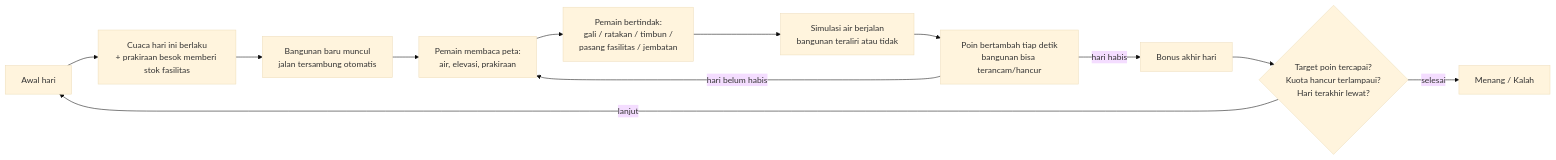
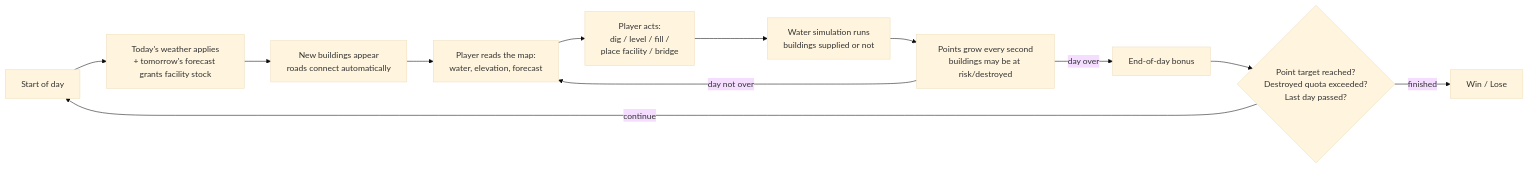
Before and after one commit to RXhy/isometric-waterways: the first of 2 diagrams in mechanic.md, drawn with Mermaid (base theme). The commit also changed other lines of this file and 10 other files, not shown here.

Commit message:
Fixing world map water tiles

````diff
--- a/mechanic.md
+++ b/mechanic.md
@@ -21,14 +22,14 @@
 ```mermaid
 flowchart LR
-    A[Awal hari] --> B[Cuaca hari ini berlaku<br/>+ prakiraan besok memberi stok fasilitas]
-    B --> C[Bangunan baru muncul<br/>jalan tersambung otomatis]
-    C --> D[Pemain membaca peta:<br/>air, elevasi, prakiraan]
-    D --> E[Pemain bertindak:<br/>gali / ratakan / timbun /<br/>pasang fasilitas / jembatan]
-    E --> F[Simulasi air berjalan<br/>bangunan teraliri atau tidak]
-    F --> G[Poin bertambah tiap detik<br/>bangunan bisa terancam/hancur]
-    G -->|hari belum habis| D
-    G -->|hari habis| H[Bonus akhir hari]
-    H --> I{Target poin tercapai?<br/>Kuota hancur terlampaui?<br/>Hari terakhir lewat?}
-    I -->|lanjut| A
-    I -->|selesai| J[Menang / Kalah]
+    A[Start of day] --> B[Today's weather applies<br/>+ tomorrow's forecast grants facility stock]
+    B --> C[New buildings appear<br/>roads connect automatically]
+    C --> D[Player reads the map:<br/>water, elevation, forecast]
+    D --> E[Player acts:<br/>dig / level / fill /<br/>place facility / bridge]
+    E --> F[Water simulation runs<br/>buildings supplied or not]
+    F --> G[Points grow every second<br/>buildings may be at risk/destroyed]
+    G -->|day not over| D
+    G -->|day over| H[End-of-day bonus]
+    H --> I{Point target reached?<br/>Destroyed quota exceeded?<br/>Last day passed?}
+    I -->|continue| A
+    I -->|finished| J[Win / Lose]
 ```
````
